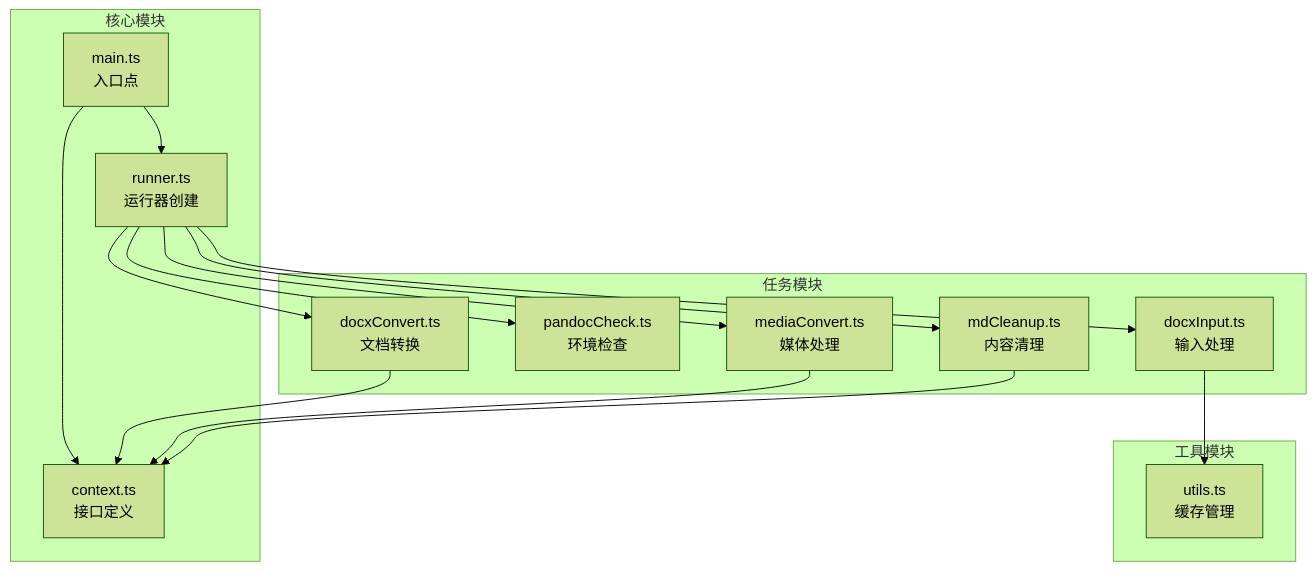
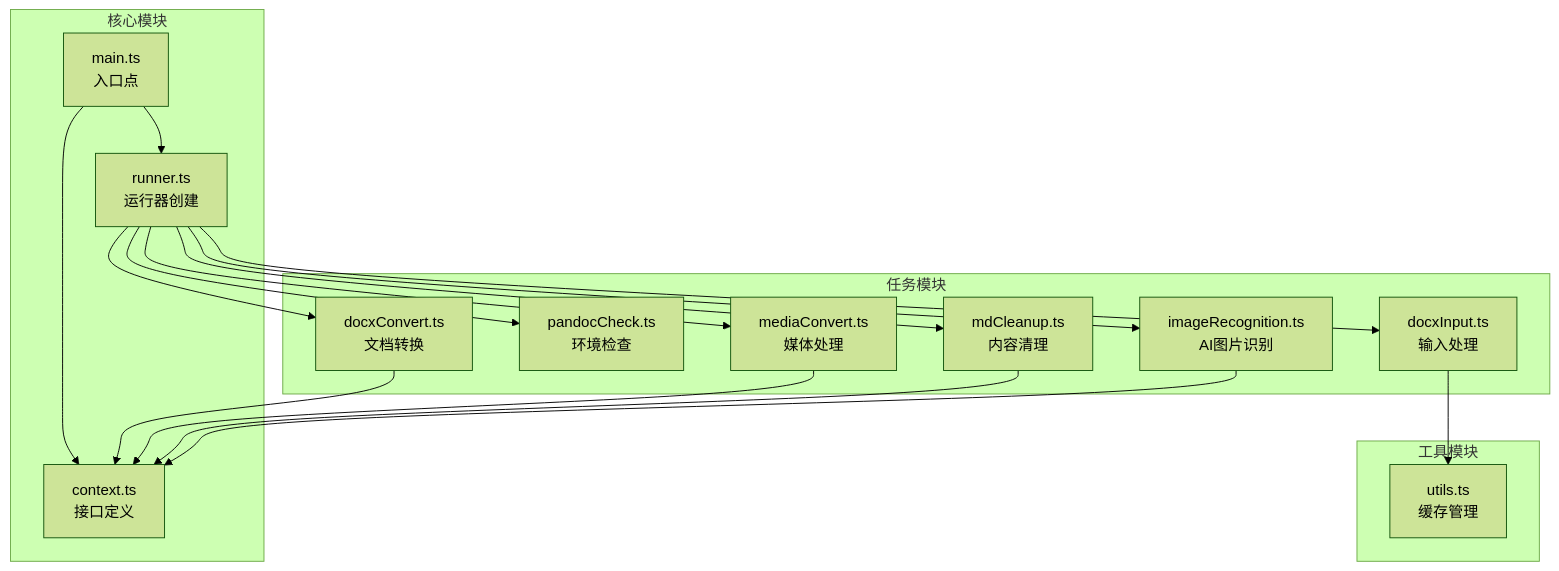
Before and after one commit to hllshiro/doc2md-cli: the first of 9 diagrams in .qoder/repowiki/zh/content/API 参考文档/核心接口定义.md, drawn with Mermaid (forest theme). The commit also changed other lines of this file and 5 other files, not shown here.

````diff
--- a/.qoder/repowiki/zh/content/API 参考文档/核心接口定义.md
+++ b/.qoder/repowiki/zh/content/API 参考文档/核心接口定义.md
@@ -36,29 +44,32 @@
 ```mermaid
 graph TB
 subgraph "核心模块"
 CTX[context.ts<br/>接口定义]
 RUN[runner.ts<br/>运行器创建]
 MAIN[main.ts<br/>入口点]
 end
 subgraph "任务模块"
 DOCXIN[docxInput.ts<br/>输入处理]
 PANDOC[pandocCheck.ts<br/>环境检查]
 DOCXCONV[docxConvert.ts<br/>文档转换]
 MEDCONV[mediaConvert.ts<br/>媒体处理]
 MDCLEAN[mdCleanup.ts<br/>内容清理]
+IMGREC[imageRecognition.ts<br/>AI图片识别]
 end
 subgraph "工具模块"
 UTILS[utils.ts<br/>缓存管理]
 end
 MAIN --> CTX
 MAIN --> RUN
 RUN --> DOCXIN
 RUN --> PANDOC
 RUN --> DOCXCONV
 RUN --> MEDCONV
 RUN --> MDCLEAN
+RUN --> IMGREC
 DOCXIN --> UTILS
 DOCXCONV --> CTX
 MEDCONV --> CTX
 MDCLEAN --> CTX
+IMGREC --> CTX
 ```
````
